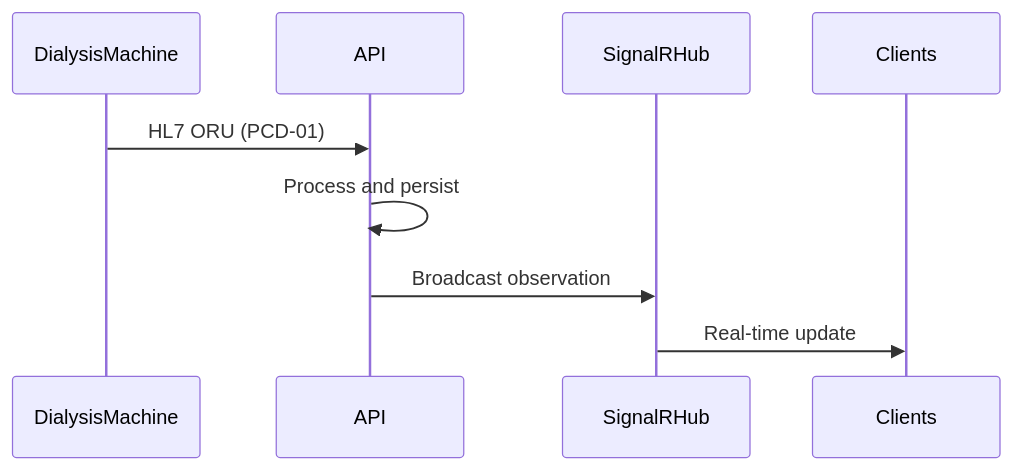
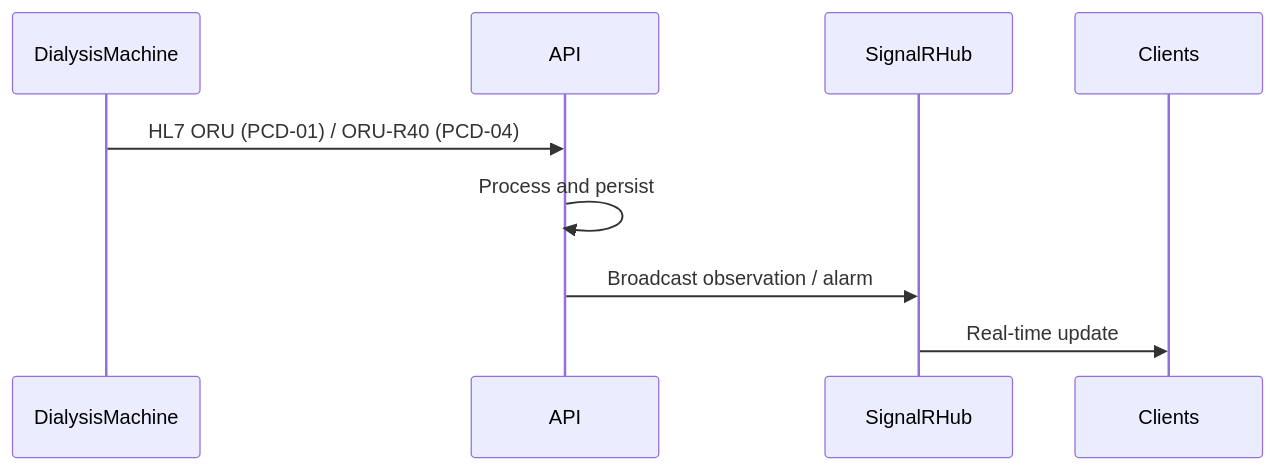
Before and after one commit to Ahmed-Shehzad/Dialysis: the tenth of 12 diagrams in docs/SYSTEM-ARCHITECTURE.md, drawn with Mermaid. The commit also changed other lines of this file and 159 other files, not shown here.

````diff
--- a/docs/SYSTEM-ARCHITECTURE.md
+++ b/docs/SYSTEM-ARCHITECTURE.md
@@ -361,12 +361,12 @@
 ```mermaid
 sequenceDiagram
     participant DialysisMachine
     participant API
     participant SignalRHub
     participant Clients
 
-    DialysisMachine->>API: HL7 ORU (PCD-01)
+    DialysisMachine->>API: HL7 ORU (PCD-01) / ORU-R40 (PCD-04)
     API->>API: Process and persist
-    API->>SignalRHub: Broadcast observation
+    API->>SignalRHub: Broadcast observation / alarm
     SignalRHub->>Clients: Real-time update
 ```
````
